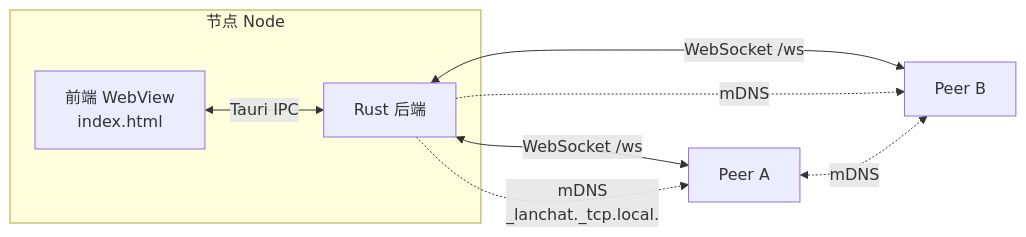
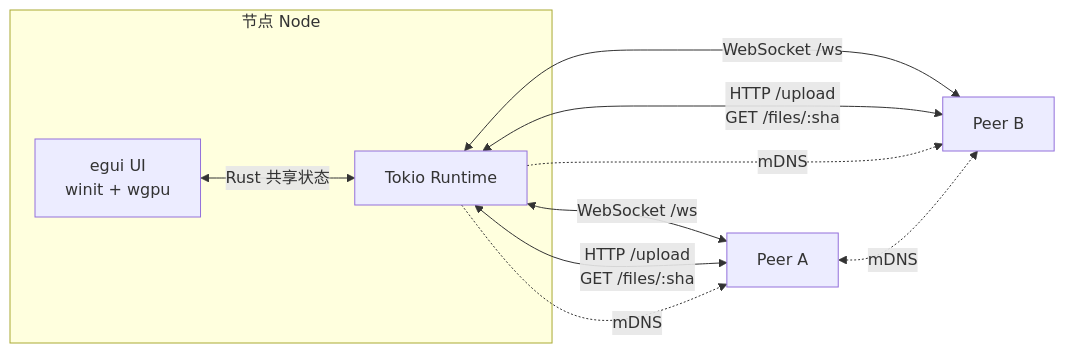
Before and after one commit to EarthTan/lan-chat: the diagram in README.md, drawn with Mermaid. The commit also changed other lines of this file, not shown here.

Commit message:
docs: rewrite README for pure-Rust egui architecture

````diff
--- a/README.md
+++ b/README.md
@@ -21,14 +22,16 @@
 ```mermaid
 graph LR
-    A[前端 WebView<br/>index.html] <-->|Tauri IPC| B[Rust 后端]
+    A[egui UI<br/>winit + wgpu] <-->|Rust 共享状态| B[Tokio Runtime]
     B <-->|WebSocket /ws| C[Peer A]
     B <-->|WebSocket /ws| D[Peer B]
-    B -.->|mDNS<br/>_lanchat._tcp.local.| C
+    B <-->|HTTP /upload<br/>GET /files/:sha| C
+    B <-->|HTTP /upload<br/>GET /files/:sha| D
+    B -.->|mDNS| C
     B -.->|mDNS| D
     C <-.->|mDNS| D
 
     subgraph 节点 Node
         A
         B
     end
 ```
````
